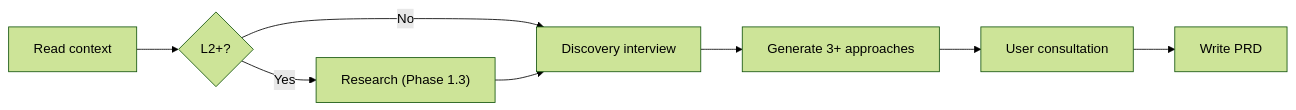
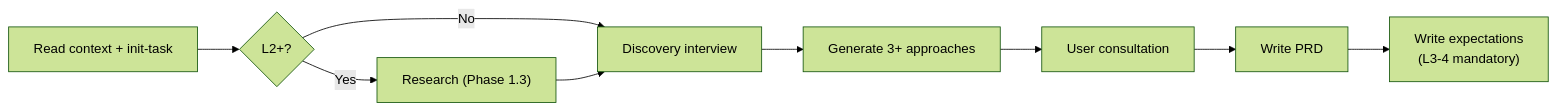
One commit to Arcanada-one/datarim changed the second of 8 diagrams in skills/visual-maps/stage-process-flows.md. Above: the diagram before and after it, drawn with Mermaid (forest theme). The commit also changed other lines of this file and 12 other files, not shown here.

````diff
--- a/skills/visual-maps/stage-process-flows.md
+++ b/skills/visual-maps/stage-process-flows.md
@@ -18,10 +18,11 @@
 ```mermaid
 graph LR
-    A["Read context"] --> R{"L2+?"}
+    A["Read context + init-task"] --> R{"L2+?"}
     R -->|Yes| B["Research (Phase 1.3)"]
     R -->|No| C["Discovery interview"]
     B --> C
     C --> D["Generate 3+ approaches"]
     D --> E["User consultation"]
     E --> F["Write PRD"]
+    F --> G["Write expectations<br>(L3-4 mandatory)"]
 ```
````
